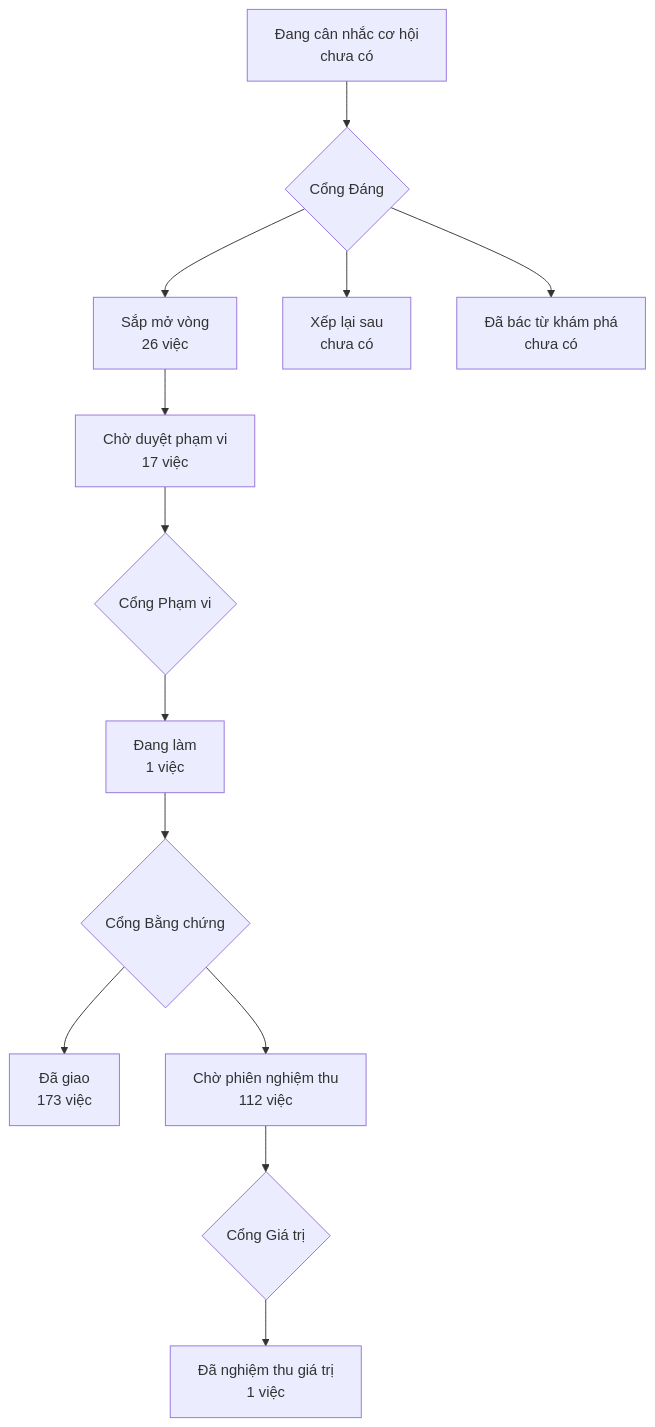
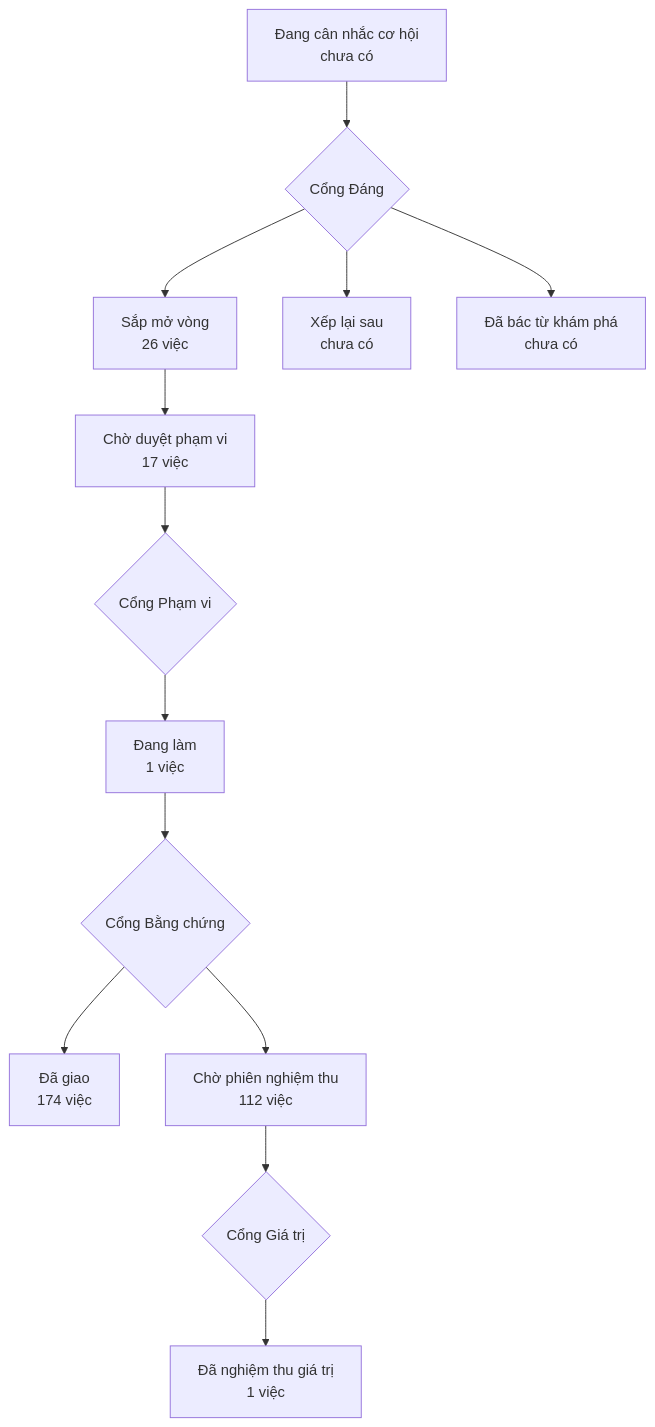
The diagram in PRODUCT-MAP.md (phanlemanh/onehub-invest), drawn with Mermaid before and after one commit. The commit also changed other lines of this file and 1 other file, not shown here.

Commit message:
chore: sinh lại bản đồ sau khi gộp main

````diff
--- a/PRODUCT-MAP.md
+++ b/PRODUCT-MAP.md
@@ -7,12 +7,12 @@
 ```mermaid
 flowchart TD
   A["Đang cân nhắc cơ hội<br/>chưa có"] --> GD{"Cổng Đáng"}
   GD --> B["Sắp mở vòng<br/>26 việc"]
   GD --> XL["Xếp lại sau<br/>chưa có"]
   GD --> DB["Đã bác từ khám phá<br/>chưa có"]
   B --> CD["Chờ duyệt phạm vi<br/>17 việc"] --> GP{"Cổng Phạm vi"}
   GP --> DL["Đang làm<br/>1 việc"] --> GB{"Cổng Bằng chứng"}
-  GB --> DG["Đã giao<br/>173 việc"]
+  GB --> DG["Đã giao<br/>174 việc"]
   GB --> CN["Chờ phiên nghiệm thu<br/>112 việc"] --> GG{"Cổng Giá trị"}
   GG --> NT["Đã nghiệm thu giá trị<br/>1 việc"]
 ```
````
